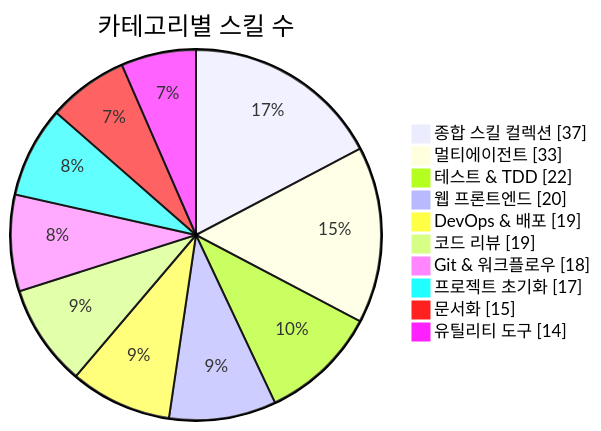
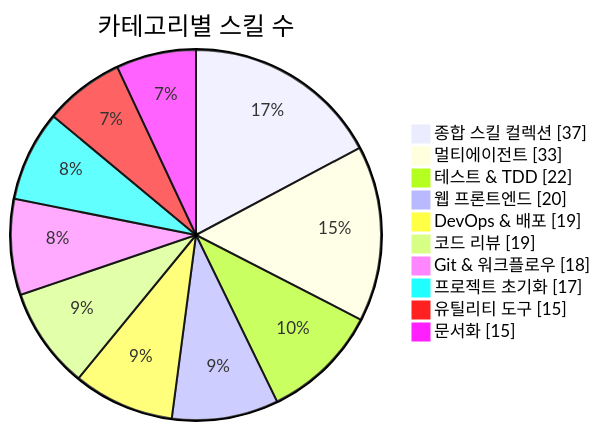
One commit to J-nowcow/awesome-korean-agent-skills changed the first of 3 diagrams in README.md. Above: the diagram before and after it, drawn with Mermaid. The commit also changed other lines of this file and 3 other files, not shown here.

````diff
--- a/README.md
+++ b/README.md
@@ -176,14 +176,14 @@
 ```mermaid
 pie showData
     title 카테고리별 스킬 수
     "종합 스킬 컬렉션" : 37
     "멀티에이전트" : 33
     "테스트 & TDD" : 22
     "웹 프론트엔드" : 20
     "DevOps & 배포" : 19
     "코드 리뷰" : 19
     "Git & 워크플로우" : 18
     "프로젝트 초기화" : 17
+    "유틸리티 도구" : 15
     "문서화" : 15
-    "유틸리티 도구" : 14
 ```
````
